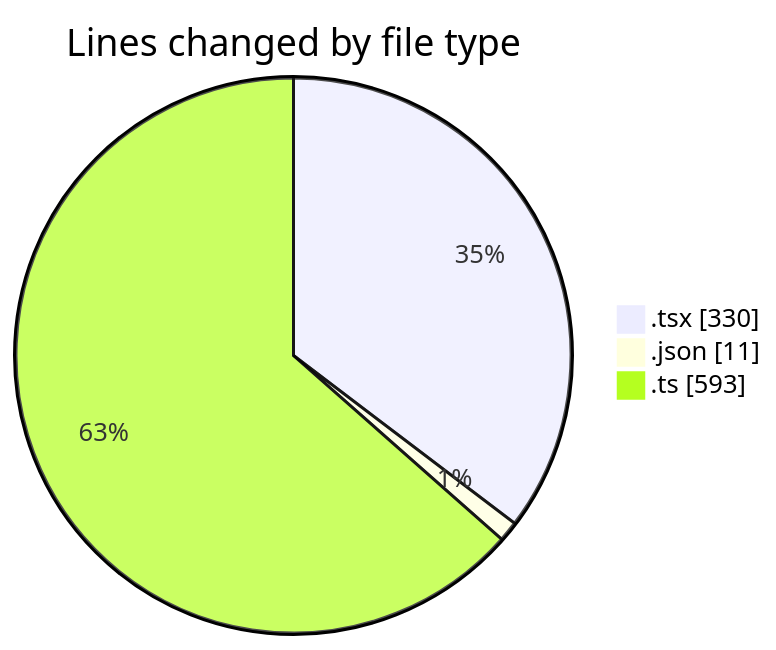
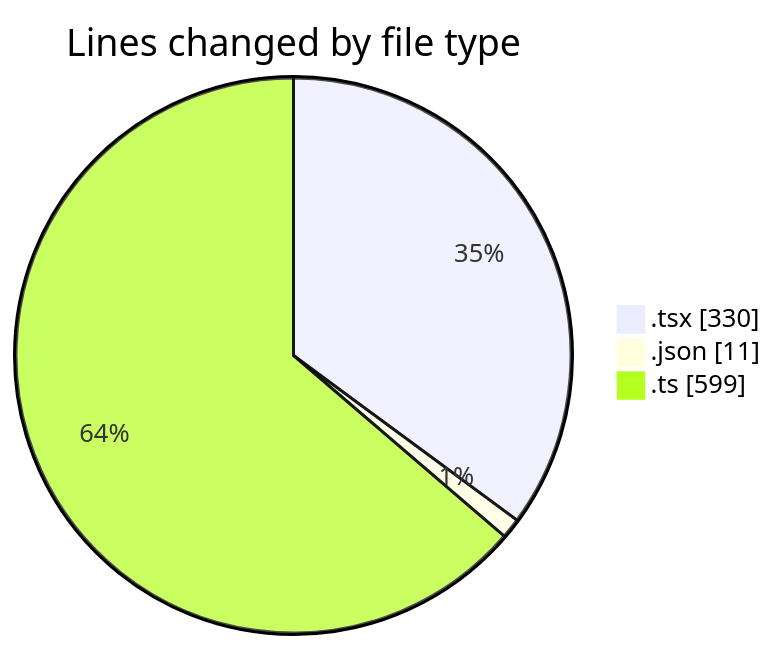
Before and after one commit to momahboobian/code-tracking: the first of 2 diagrams in 2025-05-12/cda/README.md, drawn with Mermaid. The commit also changed other lines of this file and 1 other file, not shown here.

````diff
--- a/2025-05-12/cda/README.md
+++ b/2025-05-12/cda/README.md
@@ -31,7 +31,7 @@
 ```mermaid
 pie showData
 title Lines changed by file type
 ".tsx" : 330
 ".json" : 11
-".ts" : 593
+".ts" : 599
 ```
````
